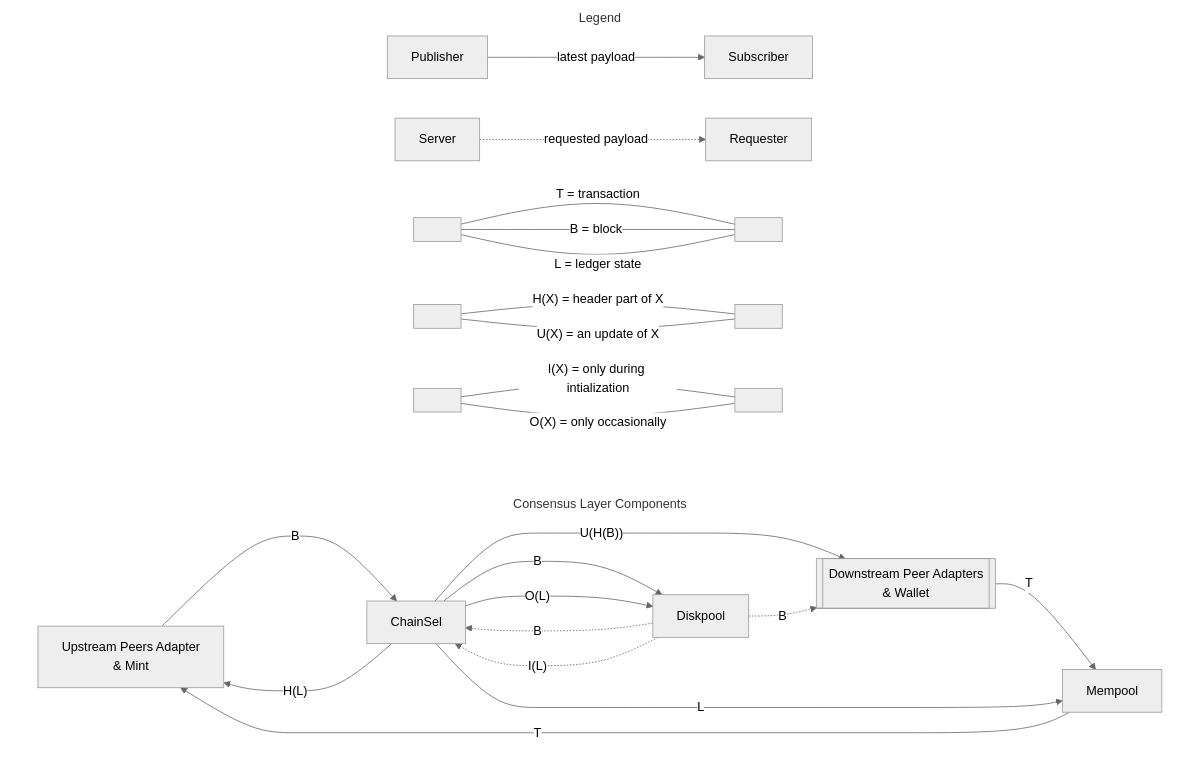
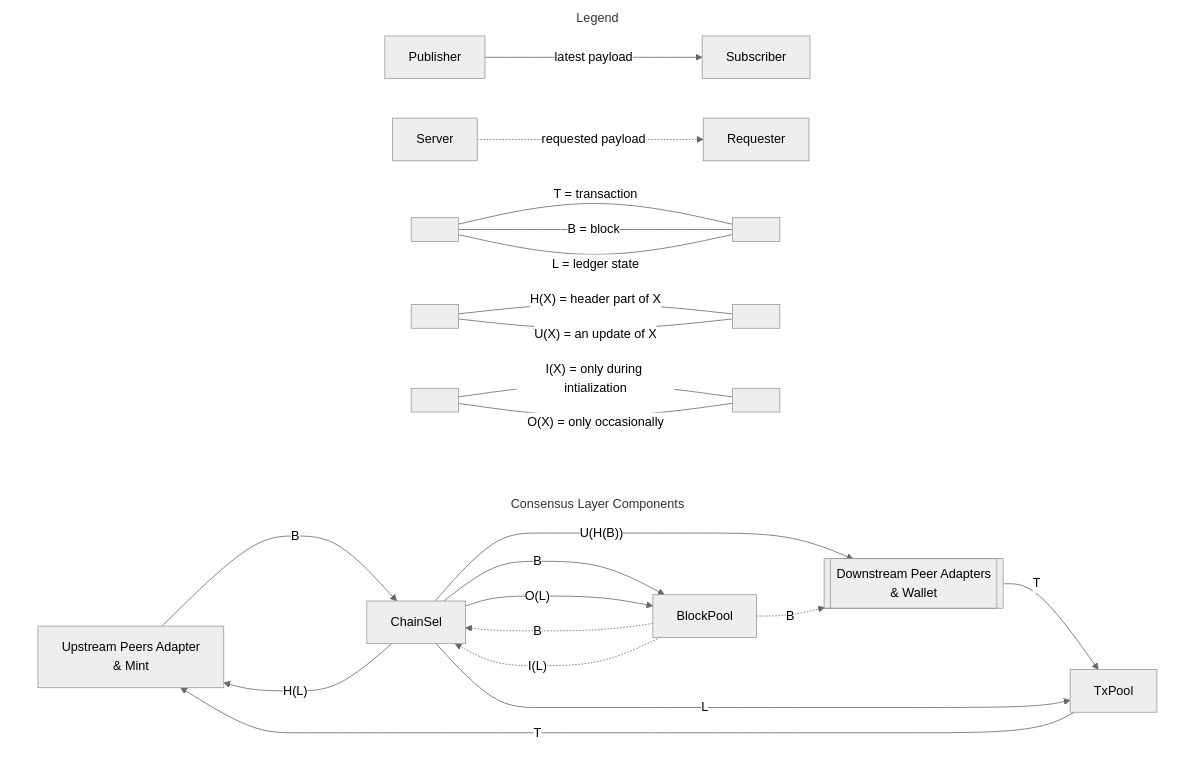
One commit to IntersectMBO/ouroboros-consensus changed the diagram in docs/website/docs/ComponentDiagram.md. Above: the diagram before and after it, drawn with Mermaid (neutral theme). The commit also changed other lines of this file, not shown here.

Commit message:
TOSQUASH: Damian comments

````diff
--- a/docs/website/docs/ComponentDiagram.md
+++ b/docs/website/docs/ComponentDiagram.md
@@ -3,39 +3,39 @@
 ```mermaid
 graph LR
 
     subgraph Consensus[Consensus Layer Components]
         direction LR
         Upstream["Upstream Peers Adapter\n& Mint"]---> |B| ChainSel --> |"U(H(B))"| Downstream[["Downstream Peer Adapters\n& Wallet"]]
-        ChainSel ---> |B| Diskpool -.-> |B| Downstream
-        Downstream --> |T| Mempool ---> |T| Upstream
+        ChainSel ---> |B| BlockPool -.-> |B| Downstream
+        Downstream --> |T| TxPool ---> |T| Upstream
 
         ChainSel ---> |"H(L)"| Upstream
-        ChainSel --> |L| Mempool
-        ChainSel ---> |"O(L)"| Diskpool
+        ChainSel --> |L| TxPool
+        ChainSel ---> |"O(L)"| BlockPool
 
-        Diskpool -.-> |B| ChainSel
-        Diskpool -.-> |"I(L)"| ChainSel
+        BlockPool -.-> |B| ChainSel
+        BlockPool -.-> |"I(L)"| ChainSel
     end
 
     subgraph Legend
         direction LR
         Publisher --> |latest payload| Subscriber
         Server -.-> |requested payload| Requester
         X1[" "]
         Y1[" "]
         X1 --- |"T = transaction"| Y1
         X1 --- |"B = block"| Y1
         X1 --- |"L = ledger state"| Y1
         X2[" "]
         Y2[" "]
         X2 --- |"H(X) = header part of X"| Y2
         X2 --- |"U(X) = an update of X"| Y2
         X3[" "]
         Y3[" "]
         X3 --- |"I(X) = only during intialization"| Y3
         X3 --- |"O(X) = only occasionally"| Y3
     end
 
 style Legend    fill:transparent,stroke:transparent
 style Consensus fill:transparent,stroke:transparent
 ```
````
